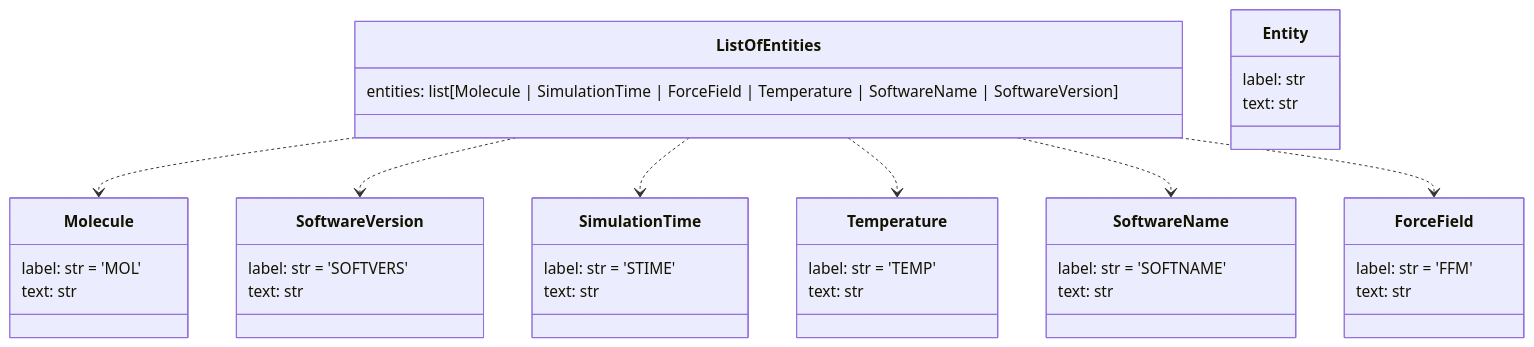
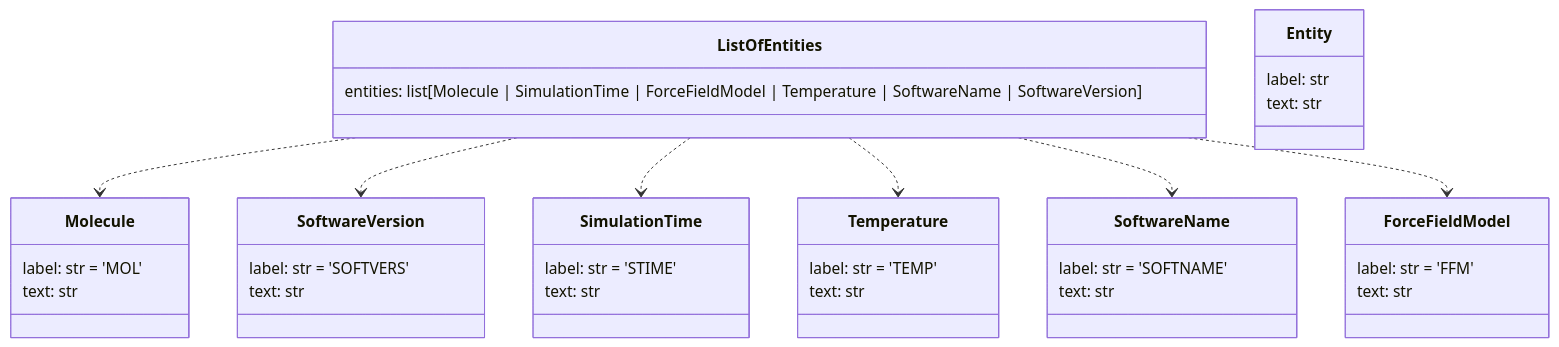
One commit to MDverse/mdner_llm changed the diagram in README.md. Above: the diagram before and after it, drawn with Mermaid. The commit also changed other lines of this file and 3 other files, not shown here.

````diff
--- a/README.md
+++ b/README.md
@@ -8,48 +8,48 @@
 ```mermaid
 classDiagram
     class ListOfEntities {
-        entities: list[Molecule | SimulationTime | ForceField | Temperature | SoftwareName | SoftwareVersion]
+        entities: list[Molecule | SimulationTime | ForceFieldModel | Temperature | SoftwareName | SoftwareVersion]
     }
 
     class SoftwareVersion {
         label: str = 'SOFTVERS'
         text: str
     }
 
     class Temperature {
         label: str = 'TEMP'
         text: str
     }
 
     class SimulationTime {
         label: str = 'STIME'
         text: str
     }
 
     class Molecule {
         label: str = 'MOL'
         text: str
     }
 
     class SoftwareName {
         label: str = 'SOFTNAME'
         text: str
     }
 
-    class ForceField {
+    class ForceFieldModel {
         label: str = 'FFM'
         text: str
     }
 
     class Entity {
         label: str
         text: str
     }
 
     ListOfEntities ..> Molecule
     ListOfEntities ..> SoftwareVersion
     ListOfEntities ..> SimulationTime
     ListOfEntities ..> Temperature
     ListOfEntities ..> SoftwareName
-    ListOfEntities ..> ForceField
+    ListOfEntities ..> ForceFieldModel
 ```
````
